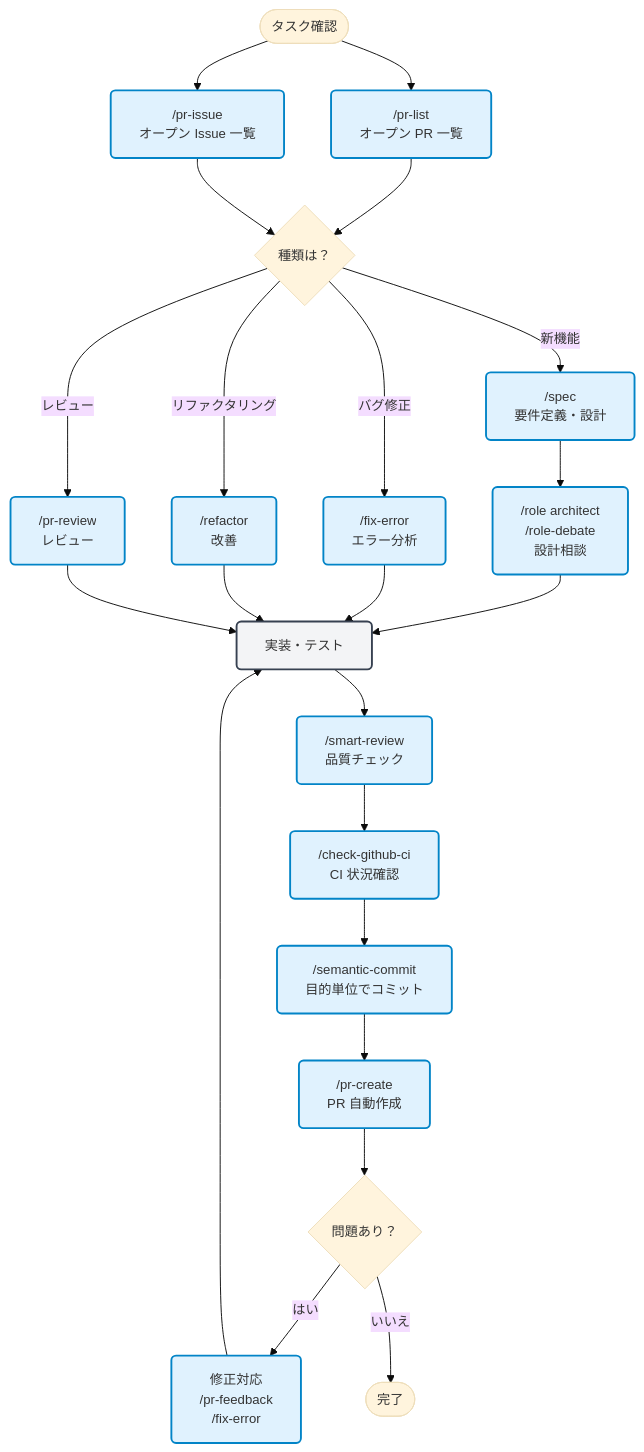
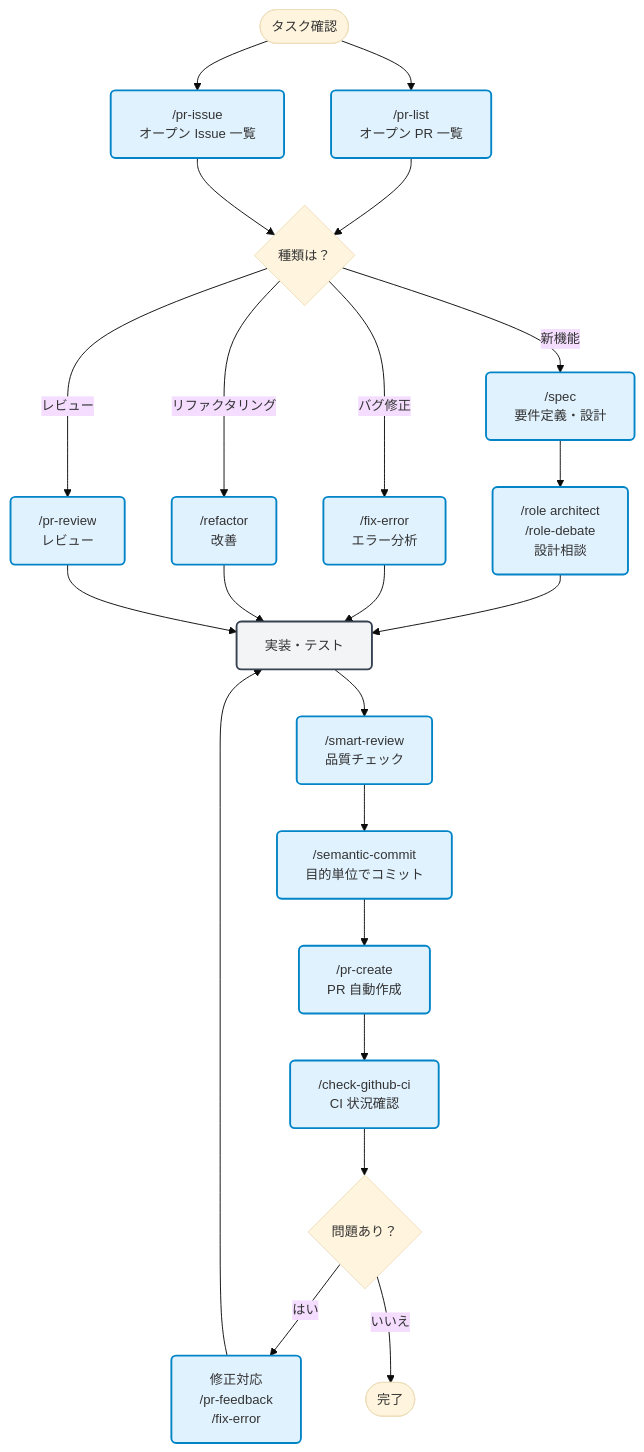
The diagram in content/blog/claude-code-cookbook.md (wasabeef/wasabeef.jp), drawn with Mermaid before and after one commit. The commit also changed other lines of this file, not shown here.

Commit message:
fix: フロー修正

````diff
--- a/content/blog/claude-code-cookbook.md
+++ b/content/blog/claude-code-cookbook.md
@@ -387,38 +387,38 @@
 ```mermaid
 flowchart TB
     Start([タスク確認]) --> PRList["/pr-list<br/>オープン PR 一覧"]
     Start --> PRIssue["/pr-issue<br/>オープン Issue 一覧"]
 
     PRList --> TaskType{種類は？}
     PRIssue --> TaskType
 
     TaskType -->|新機能| Plan["/spec<br/>要件定義・設計"]
     TaskType -->|バグ修正| Fix["/fix-error<br/>エラー分析"]
     TaskType -->|リファクタリング| Refactor["/refactor<br/>改善"]
     TaskType -->|レビュー| Review["/pr-review<br/>レビュー"]
 
     Plan --> Design["/role architect<br/>/role-debate<br/>設計相談"]
     Design --> Implementation[実装・テスト]
     Fix --> Implementation
     Refactor --> Implementation
     Review --> Implementation
 
     Implementation --> Check["/smart-review<br/>品質チェック"]
-    Check --> CI["/check-github-ci<br/>CI 状況確認"]
-    CI --> Commit["/semantic-commit<br/>目的単位でコミット"]
+    Check --> Commit["/semantic-commit<br/>目的単位でコミット"]
     Commit --> PR["/pr-create<br/>PR 自動作成"]
+    PR --> CI["/check-github-ci<br/>CI 状況確認"]
 
-    PR --> Status{問題あり？}
+    CI --> Status{問題あり？}
     Status -->|はい| Feedback["修正対応<br/>/pr-feedback<br/>/fix-error"]
     Status -->|いいえ| End([完了])
 
     Feedback --> Implementation
 
     classDef commandBox fill:#e0f2fe,stroke:#0284c7,stroke-width:2px,rx:5,ry:5
     classDef processBox fill:#f3f4f6,stroke:#374151,stroke-width:2px,rx:5,ry:5
 
     class PRList,PRIssue,Plan,Fix,Refactor,Review,Design,Check,CI,Commit,PR,Feedback commandBox
     class Implementation processBox
 
     %%{init: {'theme':'base', 'themeVariables': { 'fontSize': '14px'}}}%%
 ```
````
